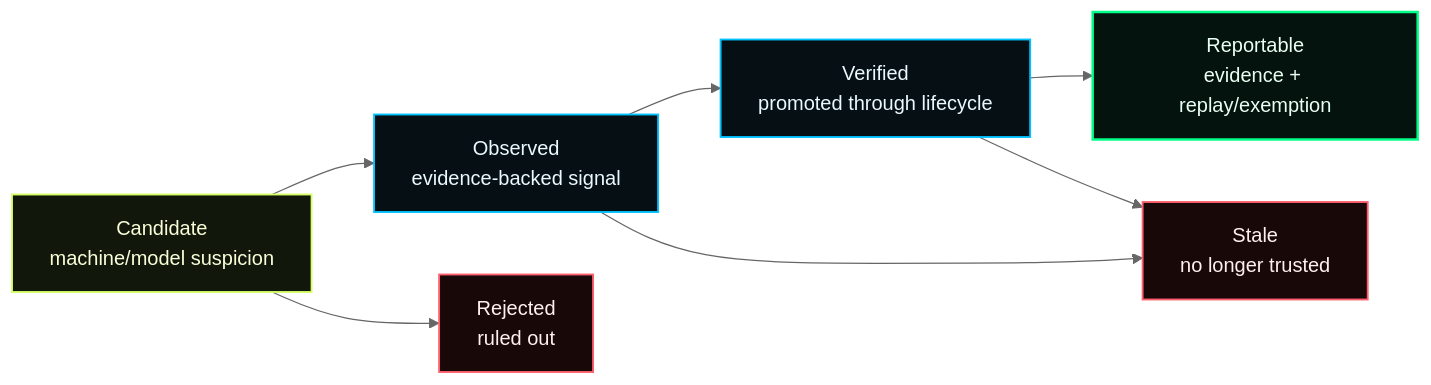
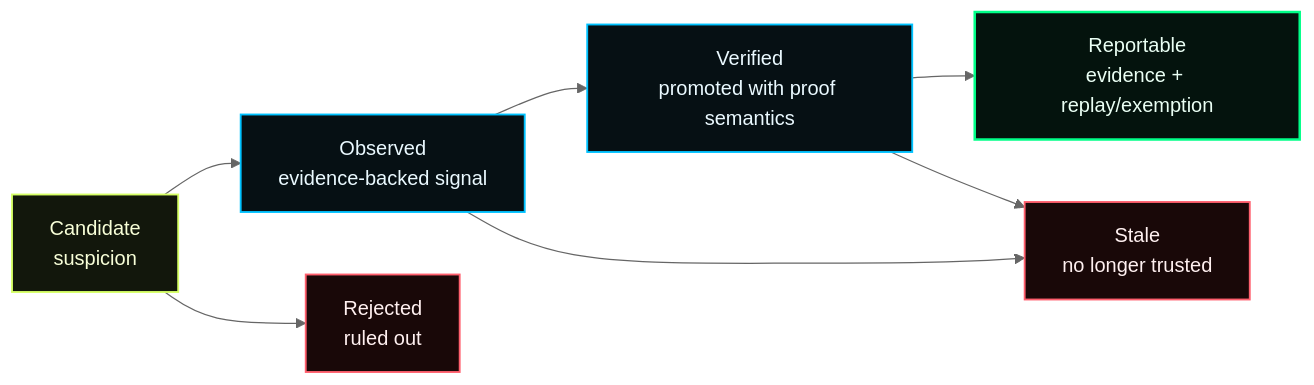
One commit to FrancescoStabile/numasec changed the third of 3 diagrams in README.md. Above: the diagram before and after it, drawn with Mermaid (neutral theme). The commit also changed other lines of this file and 4 other files, not shown here.

````diff
--- a/README.md
+++ b/README.md
@@ -352,20 +357,20 @@
 ```mermaid
 flowchart LR
-  candidate["Candidate<br/>machine/model suspicion"] --> observed["Observed<br/>evidence-backed signal"]
-  observed --> verified["Verified<br/>promoted through lifecycle"]
+  candidate["Candidate<br/>suspicion"] --> observed["Observed<br/>evidence-backed signal"]
+  observed --> verified["Verified<br/>promoted with proof semantics"]
   verified --> reportable["Reportable<br/>evidence + replay/exemption"]
 
   candidate --> rejected["Rejected<br/>ruled out"]
   observed --> stale["Stale<br/>no longer trusted"]
   verified --> stale
 
   classDef weak fill:#12170c,stroke:#d6ff66,color:#f8ffd8,stroke-width:1.5px;
   classDef proof fill:#061014,stroke:#00c2ff,color:#eaf9ff,stroke-width:1.5px;
   classDef report fill:#04130d,stroke:#00ff88,color:#eafff4,stroke-width:2px;
   classDef stop fill:#190808,stroke:#ff5f6d,color:#fff0f0,stroke-width:1.5px;
 
   class candidate weak;
   class observed,verified proof;
   class reportable report;
   class rejected,stale stop;
 ```
````
